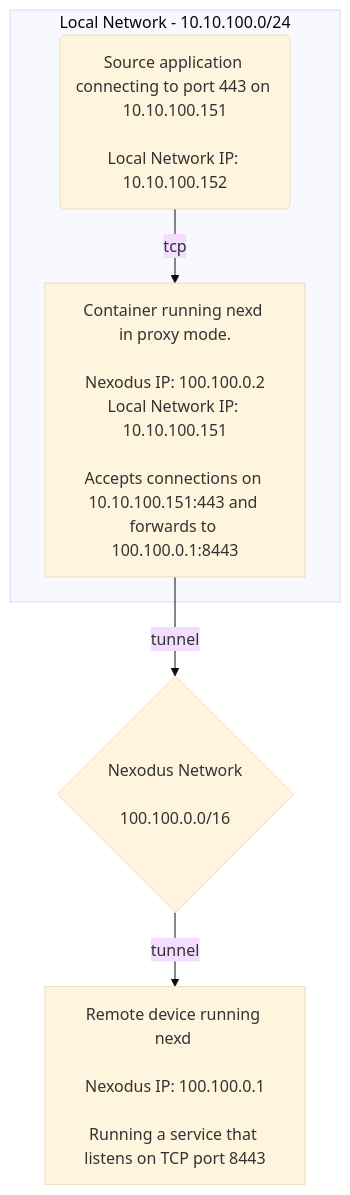
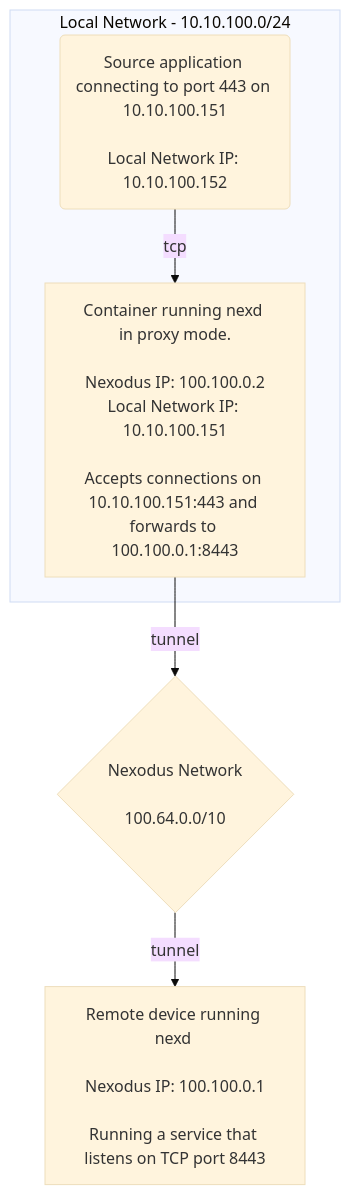
Before and after one commit to nexodus-io/nexodus: the second of 3 diagrams in docs/user-guide/nexd-proxy.md, drawn with Mermaid (base theme). The commit also changed other lines of this file and 22 other files, not shown here.

````diff
--- a/docs/user-guide/nexd-proxy.md
+++ b/docs/user-guide/nexd-proxy.md
@@ -68,10 +68,10 @@
 ```mermaid
 flowchart TD
  linkStyle default interpolate basis
- network{Nexodus Network<br/><br/>100.100.0.0/16}-->|tunnel|device1[Remote device running nexd <br/><br/>Nexodus IP: 100.100.0.1<br/><br/>Running a service that listens on TCP port 8443]
+ network{Nexodus Network<br/><br/>100.64.0.0/10}-->|tunnel|device1[Remote device running nexd <br/><br/>Nexodus IP: 100.100.0.1<br/><br/>Running a service that listens on TCP port 8443]
  container[Container running nexd in proxy mode.<br/><br/>Nexodus IP: 100.100.0.2<br/>Local Network IP: 10.10.100.151<br/><br/>Accepts connections on 10.10.100.151:443 and forwards to 100.100.0.1:8443]-->|tunnel|network
 
  subgraph Local Network - 10.10.100.0/24
  dest(Source application connecting to port 443 on 10.10.100.151<br/><br/>Local Network IP: 10.10.100.152)-->|tcp|container
  end
 ```
````
